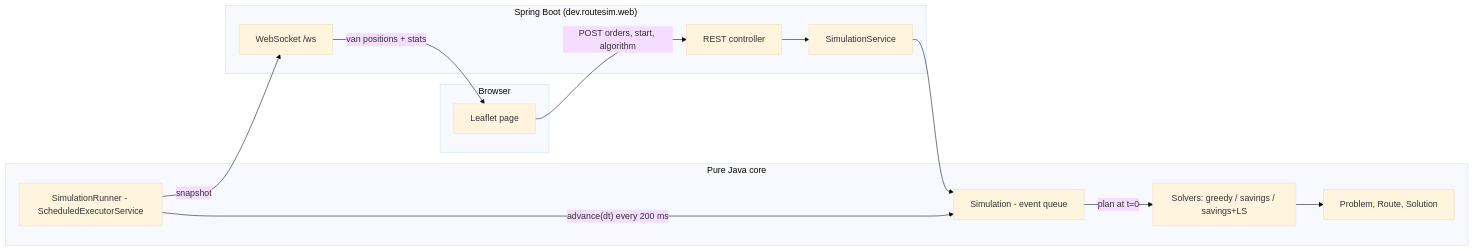
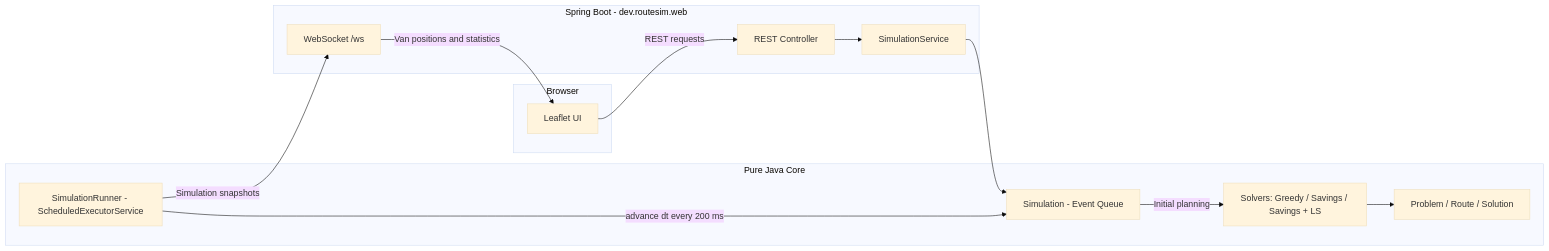
The diagram in README.md (Omorix/Delivery-Route-Simulator), drawn with Mermaid (base theme) before and after one commit. The commit also changed other lines of this file, not shown here.

````diff
--- a/README.md
+++ b/README.md
@@ -46,22 +117,28 @@
 ```mermaid
 flowchart LR
-  subgraph Browser
-    UI[Leaflet page]
-  end
-  subgraph "Spring Boot (dev.routesim.web)"
-    API[REST controller]
-    WS[WebSocket /ws]
-    SVC[SimulationService]
-  end
-  subgraph "Pure Java core"
-    SIM[Simulation - event queue]
-    RUN[SimulationRunner - ScheduledExecutorService]
-    SOL[Solvers: greedy / savings / savings+LS]
-    MOD[Problem, Route, Solution]
-  end
-  UI -- "POST orders, start, algorithm" --> API --> SVC
-  SVC --> SIM
-  RUN -- "advance(dt) every 200 ms" --> SIM
-  SIM -- "plan at t=0" --> SOL --> MOD
-  RUN -- "snapshot" --> WS -- "van positions + stats" --> UI
+    subgraph Browser
+        UI[Leaflet UI]
+    end
+
+    subgraph Web["Spring Boot - dev.routesim.web"]
+        API[REST Controller]
+        WS[WebSocket /ws]
+        SVC[SimulationService]
+    end
+
+    subgraph Core["Pure Java Core"]
+        SIM[Simulation - Event Queue]
+        RUN[SimulationRunner - ScheduledExecutorService]
+        SOL[Solvers: Greedy / Savings / Savings + LS]
+        MOD[Problem / Route / Solution]
+    end
+
+    UI -->|REST requests| API
+    API --> SVC
+    SVC --> SIM
+    RUN -->|advance dt every 200 ms| SIM
+    SIM -->|Initial planning| SOL
+    SOL --> MOD
+    RUN -->|Simulation snapshots| WS
+    WS -->|Van positions and statistics| UI
 ```
````
